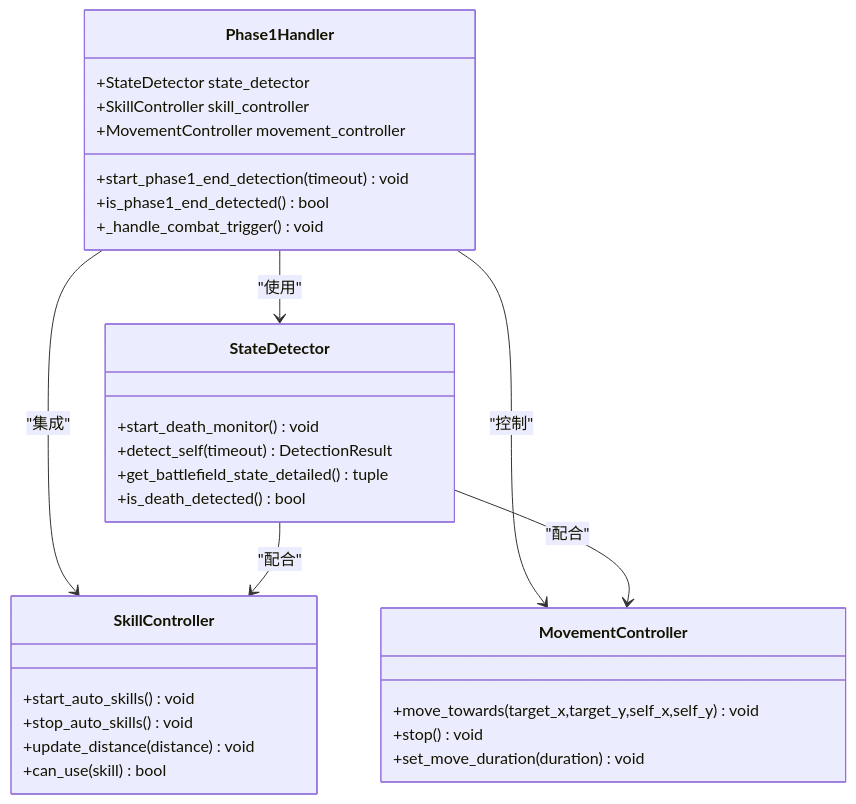
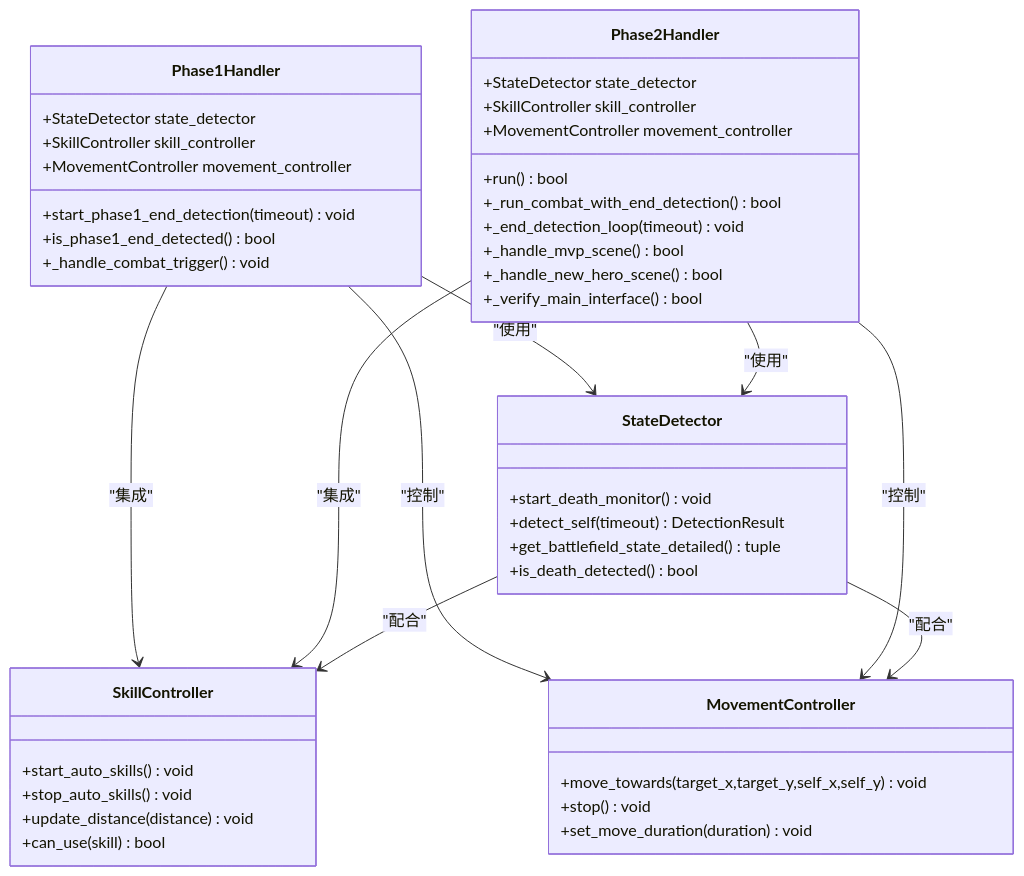
One commit to xsy098-max/ok-jump changed the eighth of 10 diagrams in .qoder/repowiki/zh/content/Auto Tutorial Task.md. Above: the diagram before and after it, drawn with Mermaid. The commit also changed other lines of this file and 17 other files, not shown here.

````diff
--- a/.qoder/repowiki/zh/content/Auto Tutorial Task.md
+++ b/.qoder/repowiki/zh/content/Auto Tutorial Task.md
@@ -320,33 +414,47 @@
 ```mermaid
 classDiagram
 class Phase1Handler {
 +StateDetector state_detector
 +SkillController skill_controller
 +MovementController movement_controller
 +start_phase1_end_detection(timeout) void
 +is_phase1_end_detected() bool
 +_handle_combat_trigger() void
+}
+class Phase2Handler {
++StateDetector state_detector
++SkillController skill_controller
++MovementController movement_controller
++run() bool
++_run_combat_with_end_detection() bool
++_end_detection_loop(timeout) void
++_handle_mvp_scene() bool
++_handle_new_hero_scene() bool
++_verify_main_interface() bool
 }
 class StateDetector {
 +start_death_monitor() void
 +detect_self(timeout) DetectionResult
 +get_battlefield_state_detailed() tuple
 +is_death_detected() bool
 }
 class SkillController {
 +start_auto_skills() void
 +stop_auto_skills() void
 +update_distance(distance) void
 +can_use(skill) bool
 }
 class MovementController {
 +move_towards(target_x,target_y,self_x,self_y) void
 +stop() void
 +set_move_duration(duration) void
 }
 Phase1Handler --> StateDetector : "使用"
 Phase1Handler --> SkillController : "集成"
 Phase1Handler --> MovementController : "控制"
+Phase2Handler --> StateDetector : "使用"
+Phase2Handler --> SkillController : "集成"
+Phase2Handler --> MovementController : "控制"
 StateDetector --> SkillController : "配合"
 StateDetector --> MovementController : "配合"
 ```
````
